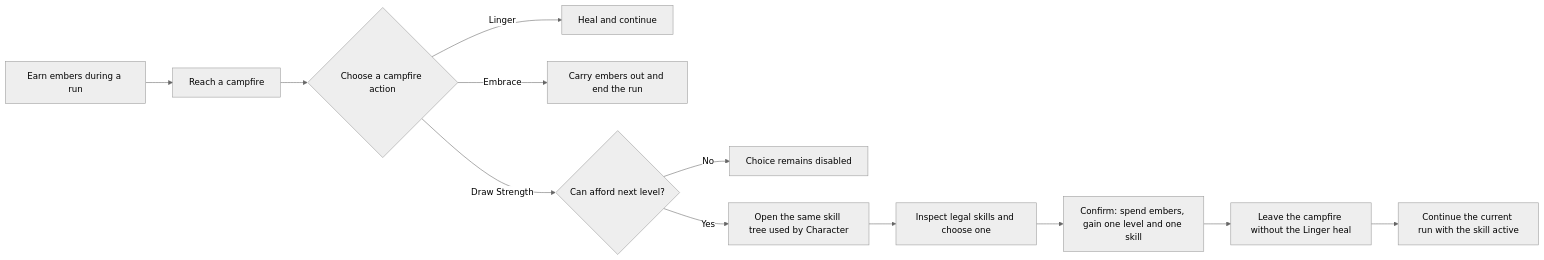
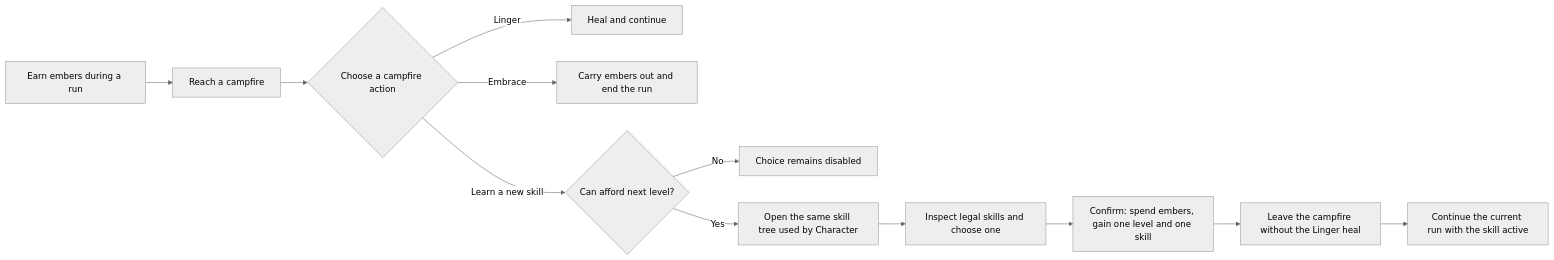
One commit to tyborg13/Labyrinth changed the first of 2 diagrams in spec/meta_leveling.md. Above: the diagram before and after it, drawn with Mermaid (neutral theme). The commit also changed other lines of this file and 18 other files, not shown here.

````diff
--- a/spec/meta_leveling.md
+++ b/spec/meta_leveling.md
@@ -40,14 +40,14 @@
 ```mermaid
 flowchart LR
     A["Earn embers during a run"] --> B["Reach a campfire"]
     B --> C{"Choose a campfire action"}
     C -->|"Linger"| D["Heal and continue"]
     C -->|"Embrace"| E["Carry embers out and end the run"]
-    C -->|"Draw Strength"| F{"Can afford next level?"}
+    C -->|"Learn a new skill"| F{"Can afford next level?"}
     F -->|"No"| G["Choice remains disabled"]
     F -->|"Yes"| H["Open the same skill tree used by Character"]
     H --> I["Inspect legal skills and choose one"]
     I --> J["Confirm: spend embers, gain one level and one skill"]
     J --> K["Leave the campfire without the Linger heal"]
     K --> L["Continue the current run with the skill active"]
 ```
````
